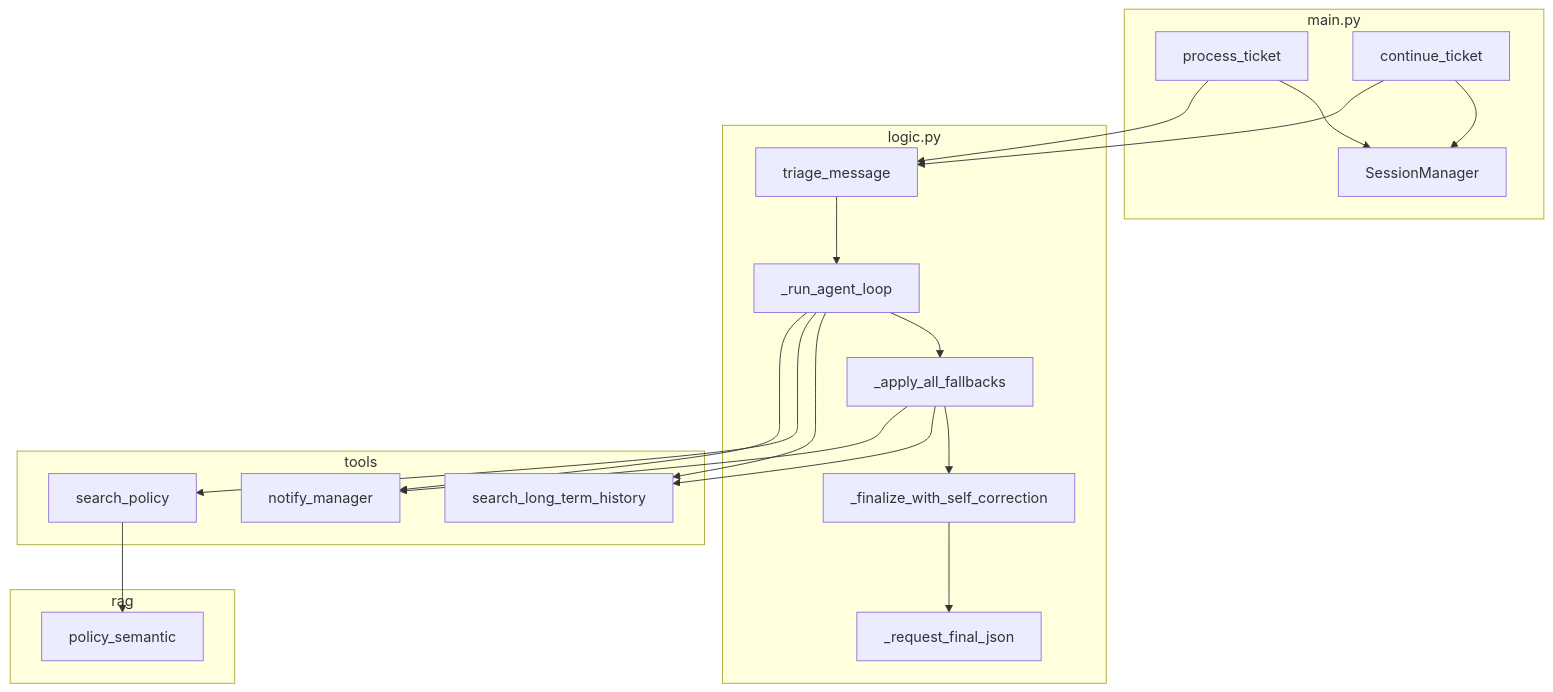
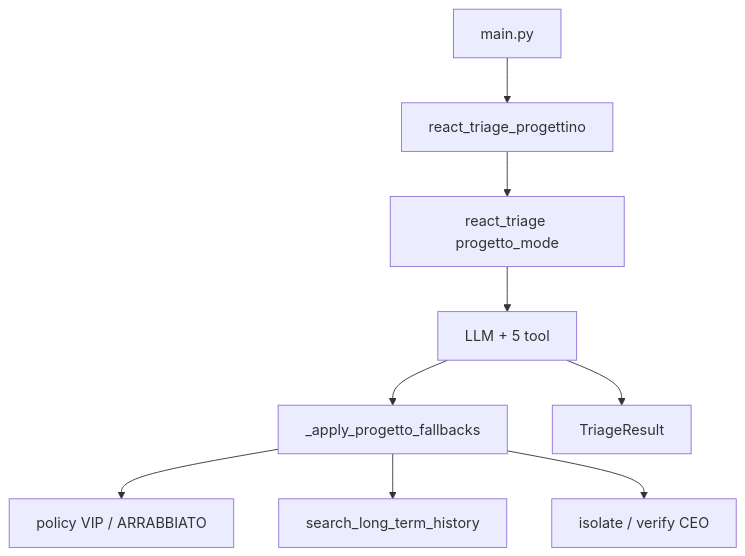
One commit to Impesud/agentic-triage-system changed the diagram in README.md. Above: the diagram before and after it, drawn with Mermaid. The commit also changed other lines of this file and 32 other files, not shown here.

````diff
--- a/README.md
+++ b/README.md
@@ -57,35 +41,11 @@
 ```mermaid
 flowchart TB
-    subgraph main_py [main.py]
-        PT[process_ticket]
-        CT[continue_ticket]
-        SM[SessionManager]
-        PT --> SM
-        CT --> SM
-    end
-    subgraph logic_py [logic.py]
-        TM[triage_message]
-        Loop[_run_agent_loop]
-        FB[_apply_all_fallbacks]
-        TM --> Loop
-        Loop --> FB
-        FB --> SC[_finalize_with_self_correction]
-        SC --> JSON[_request_final_json]
-    end
-    subgraph tools_pkg [tools]
-        LTM[search_long_term_history]
-        SP[search_policy]
-        NM[notify_manager]
-    end
-    subgraph rag_pkg [rag]
-        RAG[policy_semantic]
-    end
-    SP --> RAG
-    PT --> TM
-    CT --> TM
-    Loop --> LTM
-    Loop --> SP
-    Loop --> NM
-    FB --> LTM
-    FB --> NM
+    CLI[main.py] --> RTP[react_triage_progettino]
+    RTP --> RT[react_triage progetto_mode]
+    RT --> LLM[LLM + 5 tool]
+    LLM --> FB[_apply_progetto_fallbacks]
+    FB --> Policy[policy VIP / ARRABBIATO]
+    FB --> LTM[search_long_term_history]
+    FB --> Sec[isolate / verify CEO]
+    LLM --> JSON[TriageResult]
 ```
````
